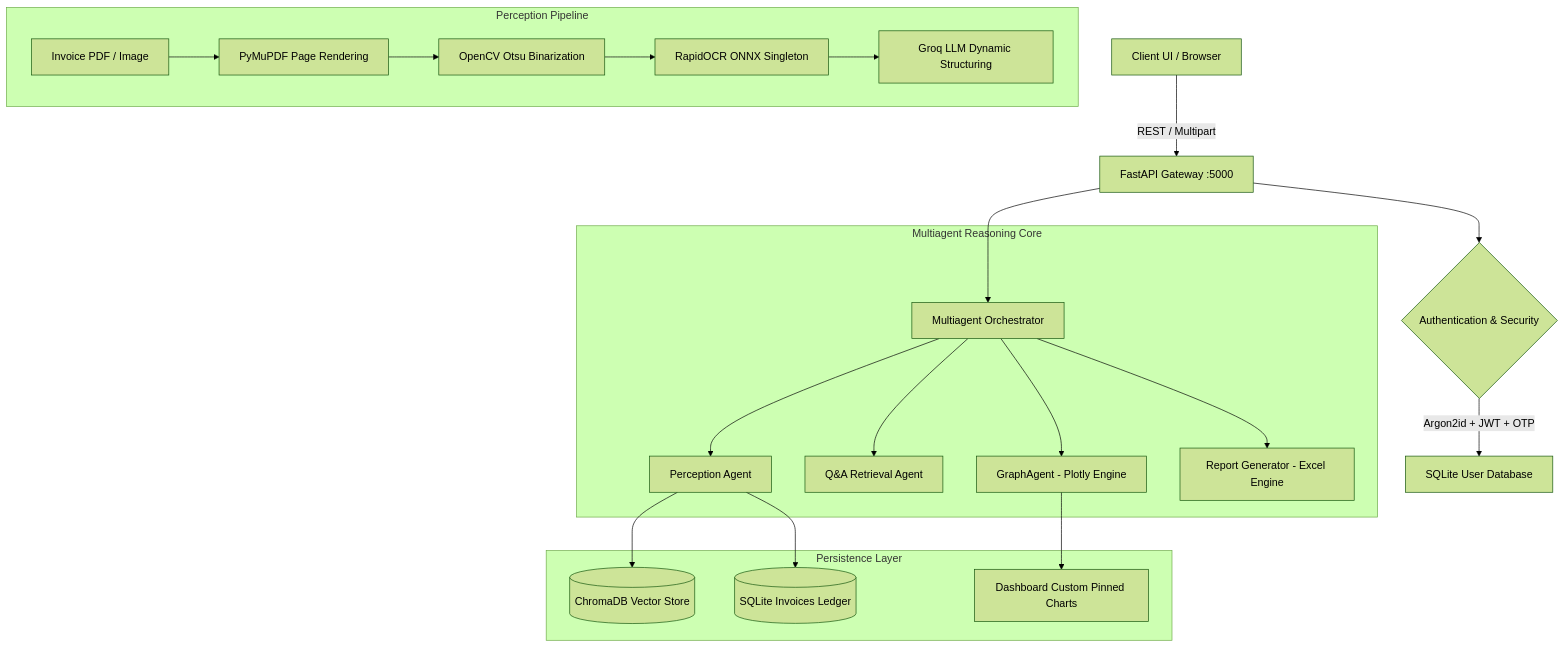
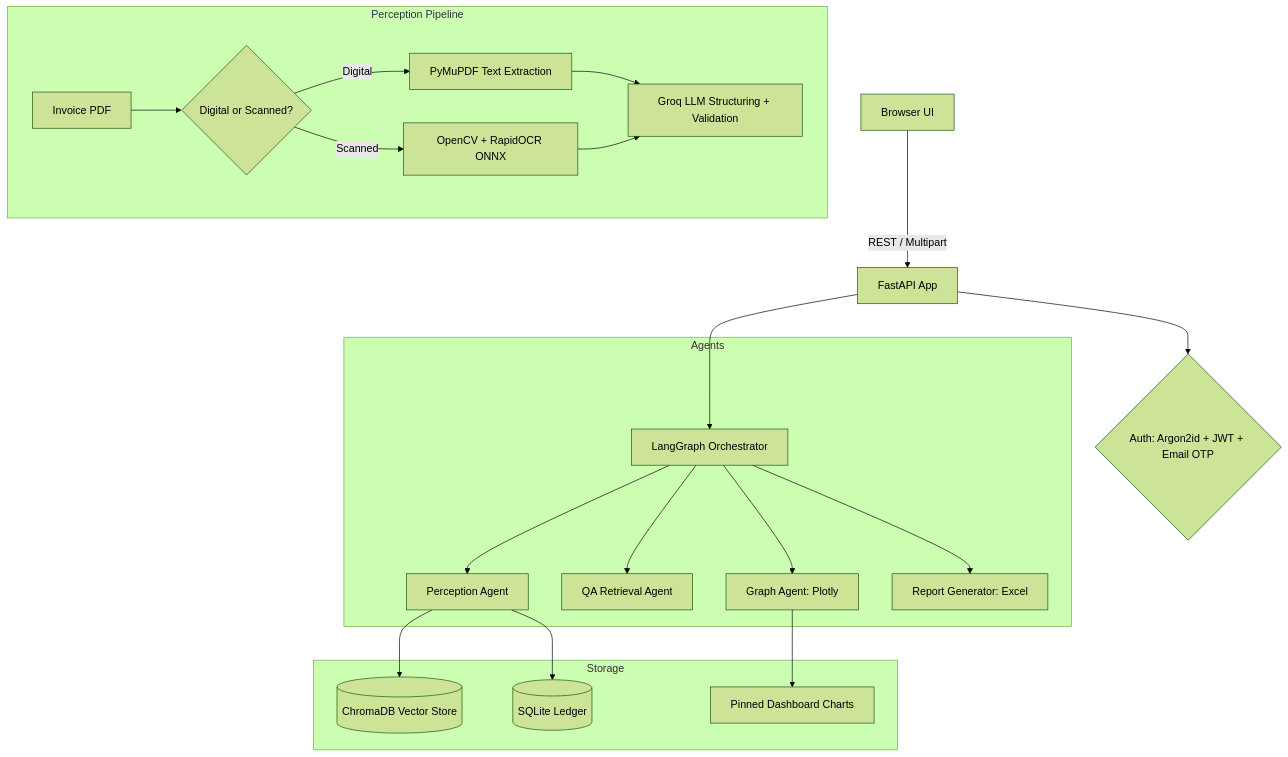
The diagram in README.md (shivrajbhosale9621-creator/AI_Invoice_Automation), drawn with Mermaid (forest theme) before and after one commit. The commit also changed other lines of this file, not shown here.

````diff
--- a/README.md
+++ b/README.md
@@ -18,27 +30,27 @@
 ```mermaid
 graph TD
-    A[Client UI / Browser] -->|REST / Multipart| B[FastAPI Gateway :5000]
-    B --> C{Authentication & Security}
-    C -->|Argon2id + JWT + OTP| D[SQLite User Database]
-    B --> E[Multiagent Orchestrator]
-    
+    A[Browser UI] -->|REST / Multipart| B[FastAPI App]
+    B --> C{Auth: Argon2id + JWT + Email OTP}
+    B --> E[LangGraph Orchestrator]
+
     subgraph Perception Pipeline
-        F[Invoice PDF / Image] --> G[PyMuPDF Page Rendering]
-        G --> H[OpenCV Otsu Binarization]
-        H --> I[RapidOCR ONNX Singleton]
-        I --> J[Groq LLM Dynamic Structuring]
+        F[Invoice PDF] --> G{Digital or Scanned?}
+        G -->|Digital| H[PyMuPDF Text Extraction]
+        G -->|Scanned| I[OpenCV + RapidOCR ONNX]
+        H --> J[Groq LLM Structuring + Validation]
+        I --> J
     end
-    
-    subgraph Multiagent Reasoning Core
+
+    subgraph Agents
         E --> K[Perception Agent]
-        E --> L[Q&A Retrieval Agent]
-        E --> M[GraphAgent - Plotly Engine]
-        E --> N[Report Generator - Excel Engine]
+        E --> L[QA Retrieval Agent]
+        E --> M[Graph Agent: Plotly]
+        E --> N[Report Generator: Excel]
     end
-    
-    subgraph Persistence Layer
+
+    subgraph Storage
         K --> O[(ChromaDB Vector Store)]
-        K --> P[(SQLite Invoices Ledger)]
-        M --> Q[Dashboard Custom Pinned Charts]
+        K --> P[(SQLite Ledger)]
+        M --> Q[Pinned Dashboard Charts]
     end
 ```
````
